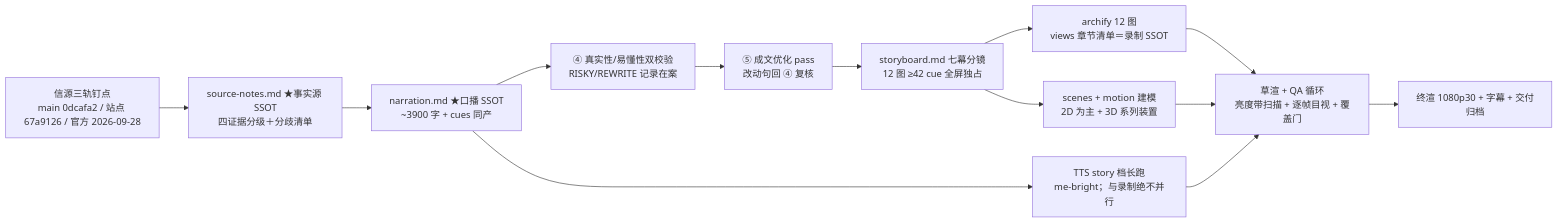
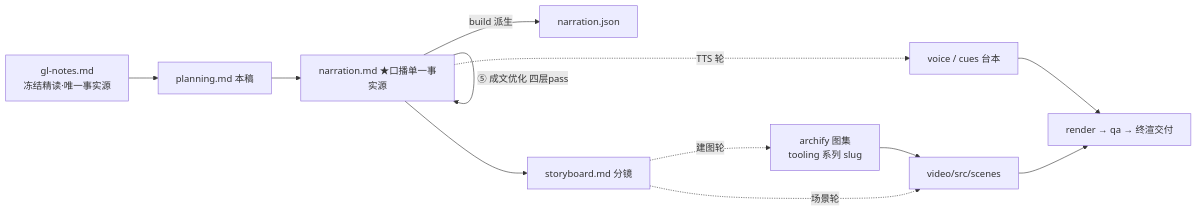
The diagram in apps/negentropy-influence/episodes/claude-code-explained-video/script/planning.md (ThreeFish-AI/negentropy), drawn with Mermaid before and after one commit. The commit also changed other lines of this file and 23 other files, not shown here.

````diff
--- a/apps/negentropy-influence/episodes/claude-code-explained-video/script/planning.md
+++ b/apps/negentropy-influence/episodes/claude-code-explained-video/script/planning.md
@@ -87,13 +77,15 @@
 ```mermaid
 flowchart LR
-    A[信源三轨钉点<br/>main 0dcafa2 / 站点 67a9126 / 官方 2026-09-28] --> B[source-notes.md ★事实源 SSOT<br/>四证据分级＋分歧清单]
-    B --> C[narration.md ★口播 SSOT<br/>~3900 字 + cues 同产]
-    C --> D[④ 真实性/易懂性双校验<br/>RISKY/REWRITE 记录在案]
-    D --> E[⑤ 成文优化 pass<br/>改动句回 ④ 复核]
-    E --> F[storyboard.md 七幕分镜<br/>12 图 ≥42 cue 全屏独占]
-    F --> G[archify 12 图<br/>views 章节清单＝录制 SSOT]
-    F --> H[scenes + motion 建模<br/>2D 为主 + 3D 系列装置]
-    C --> I[TTS story 档长跑<br/>me-bright；与录制绝不并行]
-    G & H & I --> J[草渲 + QA 循环<br/>亮度带扫描 + 逐帧目视 + 覆盖门]
-    J --> K[终渲 1080p30 + 字幕 + 交付归档]
+    A[gl-notes.md<br/>冻结精读·唯一事实源] --> B[planning.md 本稿]
+    B --> C[narration.md ★口播单一事实源]
+    C -->|build 派生| C2[narration.json]
+    C -->|④ 真实性+易懂性| C
+    C -->|⑤ 成文优化 四层pass| C
+    C --> D[storyboard.md 分镜]
+    D -.->|场景轮| E[video/src/scenes]
+    D -.->|建图轮| F[archify 图集<br/>tooling 系列 slug]
+    C -.->|TTS 轮| G[voice / cues 台本]
+    E --> H[render → qa → 终渲交付]
+    F --> E
+    G --> H
 ```
````
